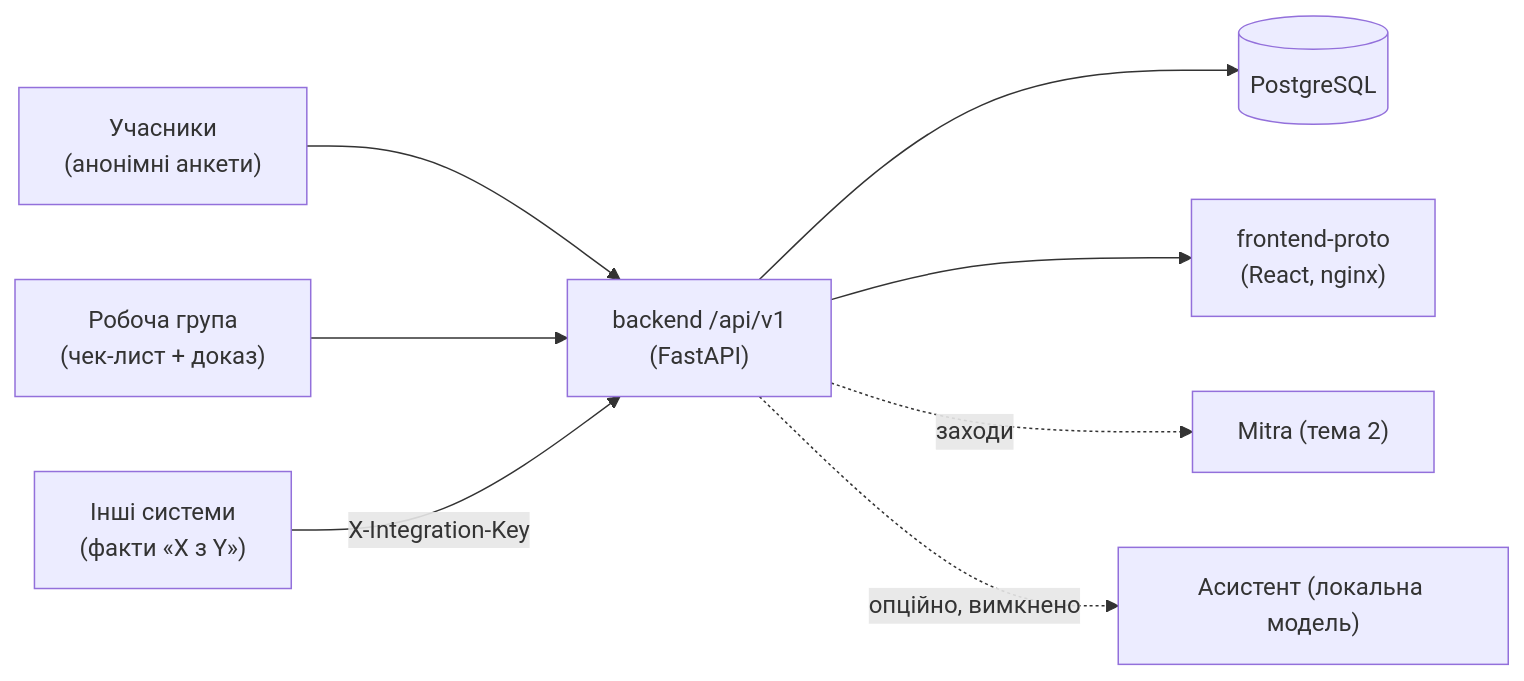
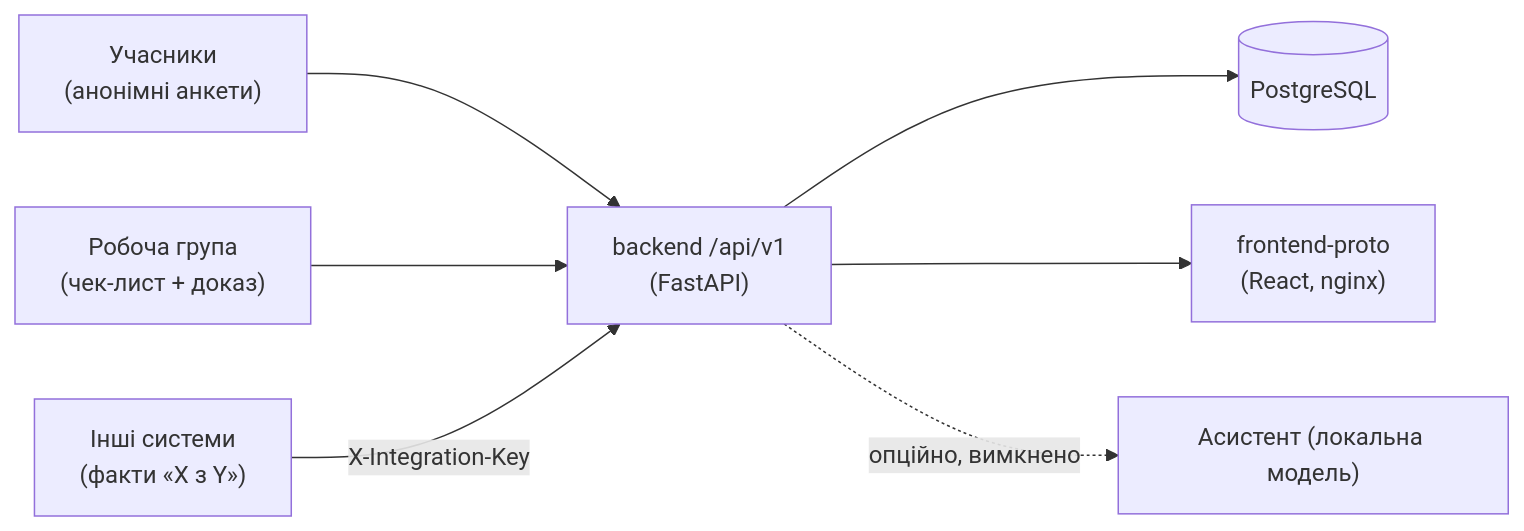
The diagram in README.md (caaaaanek/hack-4-bitec), drawn with Mermaid before and after one commit. The commit also changed other lines of this file, not shown here.

````diff
--- a/README.md
+++ b/README.md
@@ -50,10 +50,9 @@
 ```mermaid
 flowchart LR
   R["Учасники<br/>(анонімні анкети)"] --> API
   WG["Робоча група<br/>(чек-лист + доказ)"] --> API
   EXT["Інші системи<br/>(факти «X з Y»)"] -->|X-Integration-Key| API
   API["backend /api/v1<br/>(FastAPI)"] --> DB[(PostgreSQL)]
   API --> UI["frontend-proto<br/>(React, nginx)"]
-  API -.->|заходи| T2["Mitra (тема 2)"]
   API -.->|опційно, вимкнено| LLM["Асистент (локальна модель)"]
 ```
````
